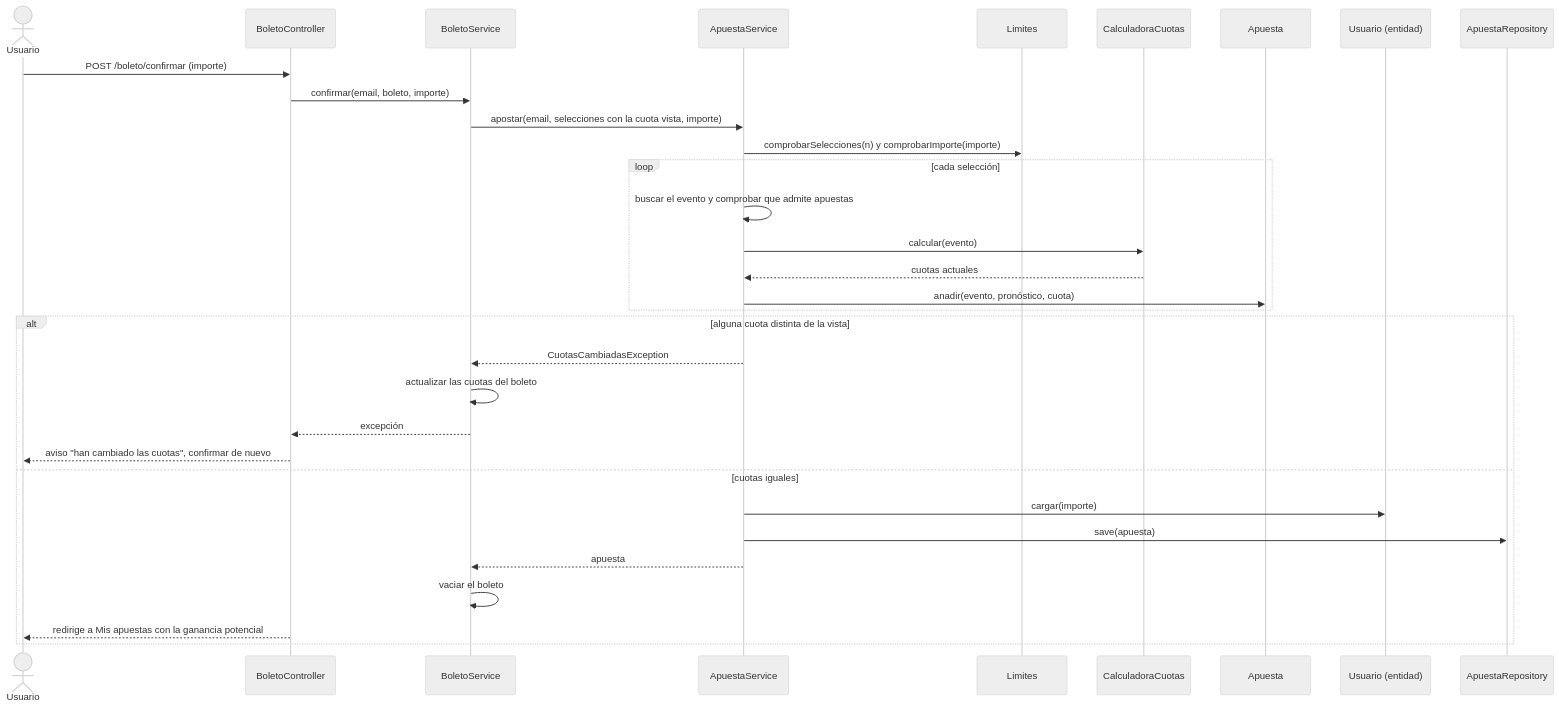
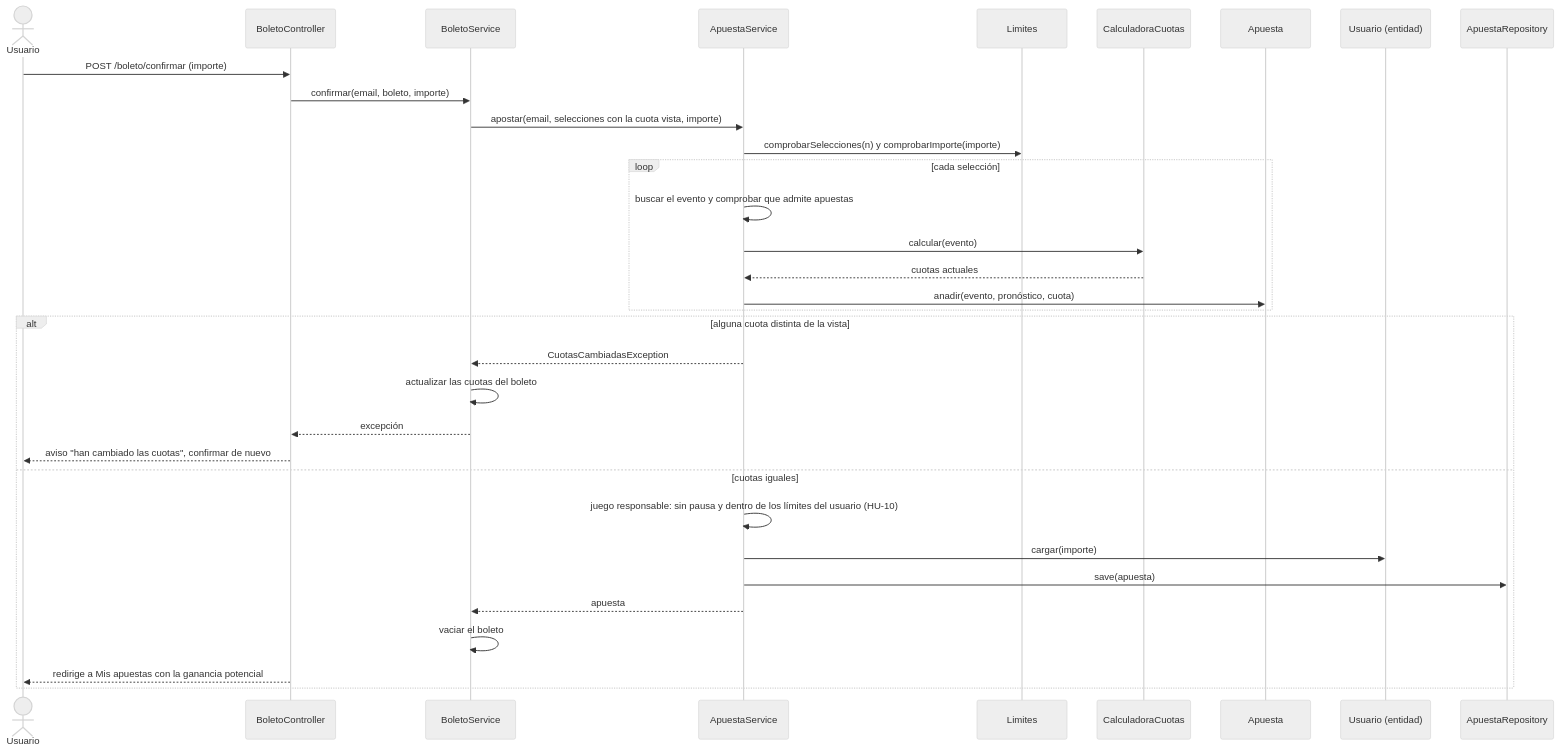
One commit to riverri/IS1 changed the seventh of 9 diagrams in docs/diseno/uml.md. Above: the diagram before and after it, drawn with Mermaid (neutral theme). The commit also changed other lines of this file and 34 other files, not shown here.

First line of the commit message:
feat: Sprint 9 · evolución de equipos, juego responsable y eliminar cuenta

````diff
--- a/docs/diseno/uml.md
+++ b/docs/diseno/uml.md
@@ -315,35 +326,36 @@
 ```mermaid
 sequenceDiagram
     actor U as Usuario
     participant BC as BoletoController
     participant BS as BoletoService
     participant AS as ApuestaService
     participant L as Limites
     participant CC as CalculadoraCuotas
     participant A as Apuesta
     participant US as Usuario (entidad)
     participant AR as ApuestaRepository
 
     U->>BC: POST /boleto/confirmar (importe)
     BC->>BS: confirmar(email, boleto, importe)
     BS->>AS: apostar(email, selecciones con la cuota vista, importe)
     AS->>L: comprobarSelecciones(n) y comprobarImporte(importe)
     loop cada selección
         AS->>AS: buscar el evento y comprobar que admite apuestas
         AS->>CC: calcular(evento)
         CC-->>AS: cuotas actuales
         AS->>A: anadir(evento, pronóstico, cuota)
     end
     alt alguna cuota distinta de la vista
         AS-->>BS: CuotasCambiadasException
         BS->>BS: actualizar las cuotas del boleto
         BS-->>BC: excepción
         BC-->>U: aviso "han cambiado las cuotas", confirmar de nuevo
     else cuotas iguales
+        AS->>AS: juego responsable: sin pausa y dentro de los límites del usuario (HU-10)
         AS->>US: cargar(importe)
         AS->>AR: save(apuesta)
         AS-->>BS: apuesta
         BS->>BS: vaciar el boleto
         BC-->>U: redirige a Mis apuestas con la ganancia potencial
     end
 ```
````
